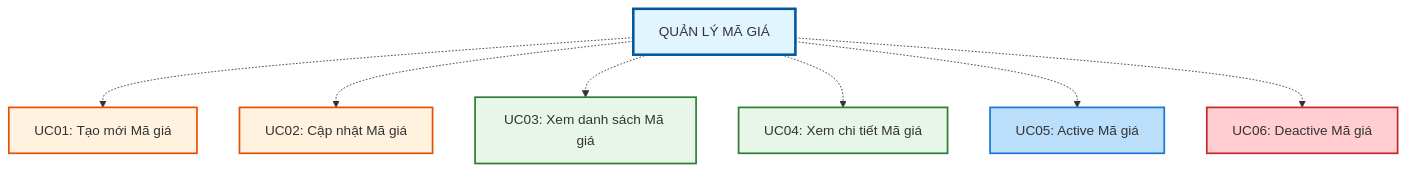
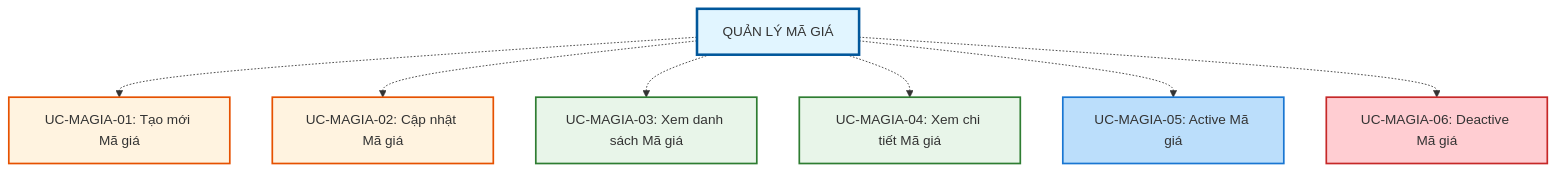
One commit to leonardodajarviis/pos-docs changed the diagram in MA-GIA/TONG-QUAN.md. Above: the diagram before and after it, drawn with Mermaid. The commit also changed other lines of this file and 9 other files, not shown here.

````diff
--- a/MA-GIA/TONG-QUAN.md
+++ b/MA-GIA/TONG-QUAN.md
@@ -55,26 +71,26 @@
 ```mermaid
 flowchart TB
     title["QUẢN LÝ MÃ GIÁ"]
     
-    UC01["UC01: Tạo mới Mã giá"]
-    UC02["UC02: Cập nhật Mã giá"]
-    UC03["UC03: Xem danh sách Mã giá"]
-    UC04["UC04: Xem chi tiết Mã giá"]
-    UC05["UC05: Active Mã giá"]
-    UC06["UC06: Deactive Mã giá"]
+    UC01["UC-MAGIA-01: Tạo mới Mã giá"]
+    UC02["UC-MAGIA-02: Cập nhật Mã giá"]
+    UC03["UC-MAGIA-03: Xem danh sách Mã giá"]
+    UC04["UC-MAGIA-04: Xem chi tiết Mã giá"]
+    UC05["UC-MAGIA-05: Active Mã giá"]
+    UC06["UC-MAGIA-06: Deactive Mã giá"]
     
     title -.-> UC01
     title -.-> UC02
     title -.-> UC03
     title -.-> UC04
     title -.-> UC05
     title -.-> UC06
     
     style title fill:#e1f5ff,stroke:#01579b,stroke-width:3px
     style UC01 fill:#fff3e0,stroke:#e65100,stroke-width:2px
     style UC02 fill:#fff3e0,stroke:#e65100,stroke-width:2px
     style UC03 fill:#e8f5e9,stroke:#2e7d32,stroke-width:2px
     style UC04 fill:#e8f5e9,stroke:#2e7d32,stroke-width:2px
     style UC05 fill:#bbdefb,stroke:#1976d2,stroke-width:2px
     style UC06 fill:#ffcdd2,stroke:#c62828,stroke-width:2px
 ```
````
